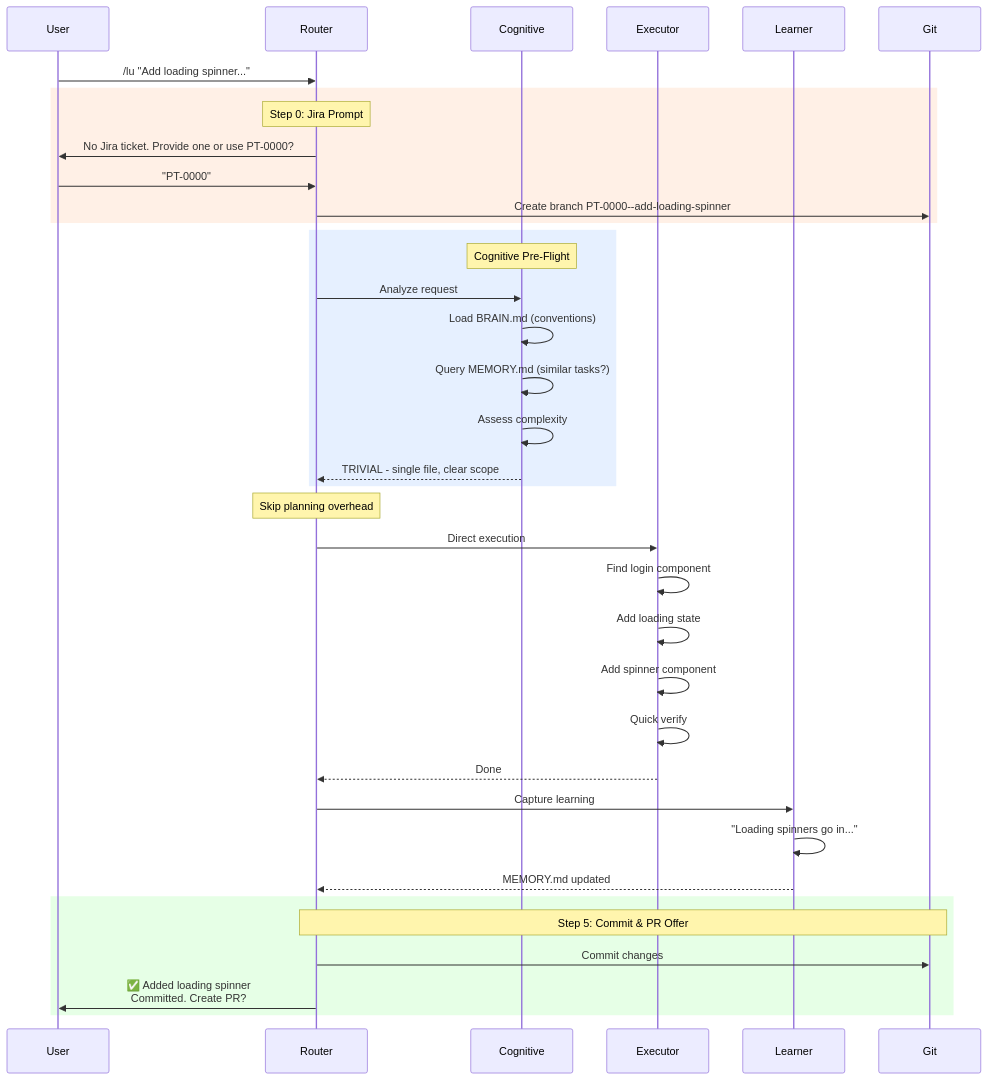
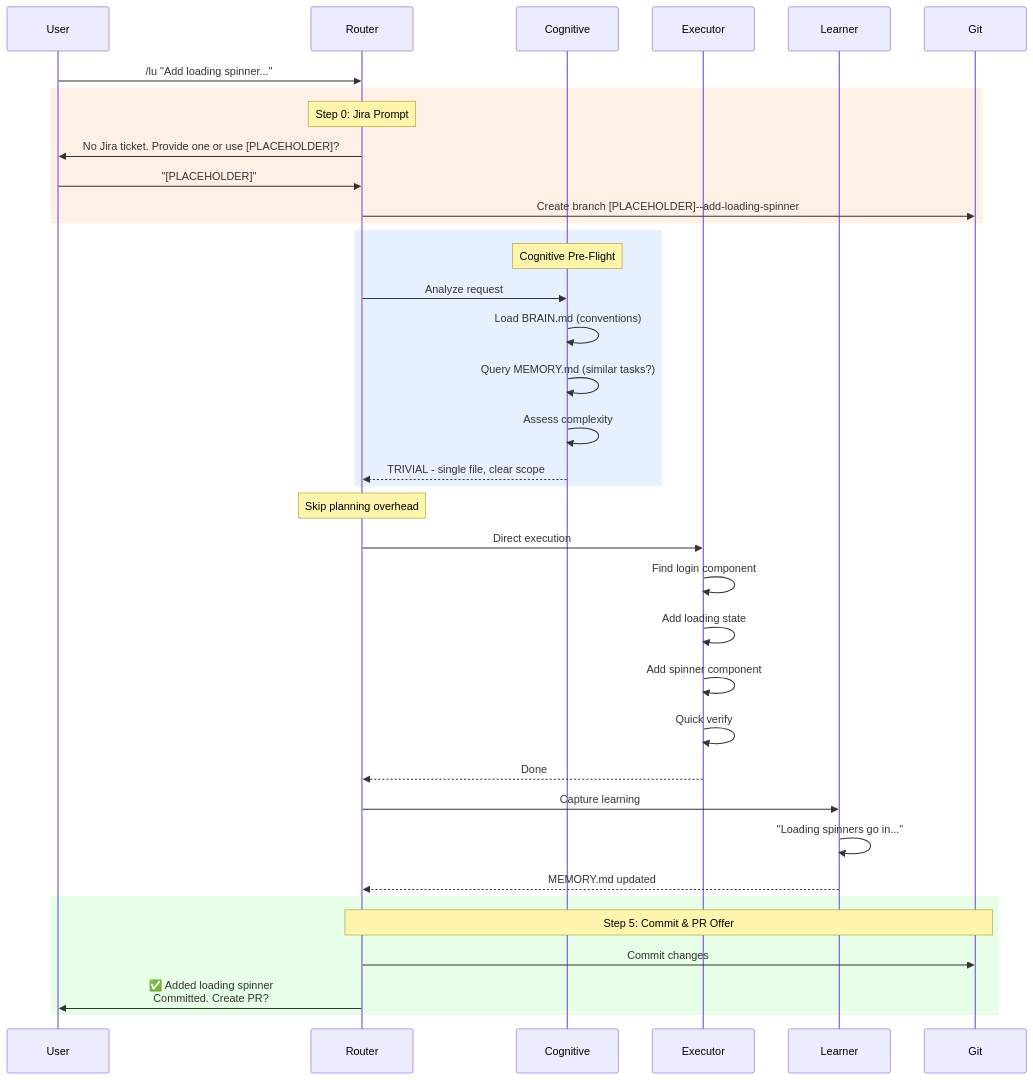
One commit to asibilia/luca-framework changed the seventh of 12 diagrams in docs/agent-framework/luca/end-to-end-workflow.md. Above: the diagram before and after it, drawn with Mermaid. The commit also changed other lines of this file and 205 other files, not shown here.

````diff
--- a/docs/agent-framework/luca/end-to-end-workflow.md
+++ b/docs/agent-framework/luca/end-to-end-workflow.md
@@ -387,46 +387,46 @@
 ```mermaid
 sequenceDiagram
     participant U as User
     participant R as Router
     participant C as Cognitive
     participant E as Executor
     participant L as Learner
     participant G as Git
 
     U->>R: /lu "Add loading spinner..."
 
     rect rgb(255, 240, 230)
         Note over R: Step 0: Jira Prompt
-        R->>U: No Jira ticket. Provide one or use PT-0000?
-        U->>R: "PT-0000"
-        R->>G: Create branch PT-0000--add-loading-spinner
+        R->>U: No Jira ticket. Provide one or use [PLACEHOLDER]?
+        U->>R: "[PLACEHOLDER]"
+        R->>G: Create branch [PLACEHOLDER]--add-loading-spinner
     end
 
     rect rgb(230, 240, 255)
         Note over C: Cognitive Pre-Flight
         R->>C: Analyze request
         C->>C: Load BRAIN.md (conventions)
         C->>C: Query MEMORY.md (similar tasks?)
         C->>C: Assess complexity
         C-->>R: TRIVIAL - single file, clear scope
     end
 
     Note over R: Skip planning overhead
 
     R->>E: Direct execution
     E->>E: Find login component
     E->>E: Add loading state
     E->>E: Add spinner component
     E->>E: Quick verify
     E-->>R: Done
 
     R->>L: Capture learning
     L->>L: "Loading spinners go in..."
     L-->>R: MEMORY.md updated
 
     rect rgb(230, 255, 230)
         Note over R,G: Step 5: Commit & PR Offer
         R->>G: Commit changes
         R->>U: ✅ Added loading spinner<br/>Committed. Create PR?
     end
 ```
````
